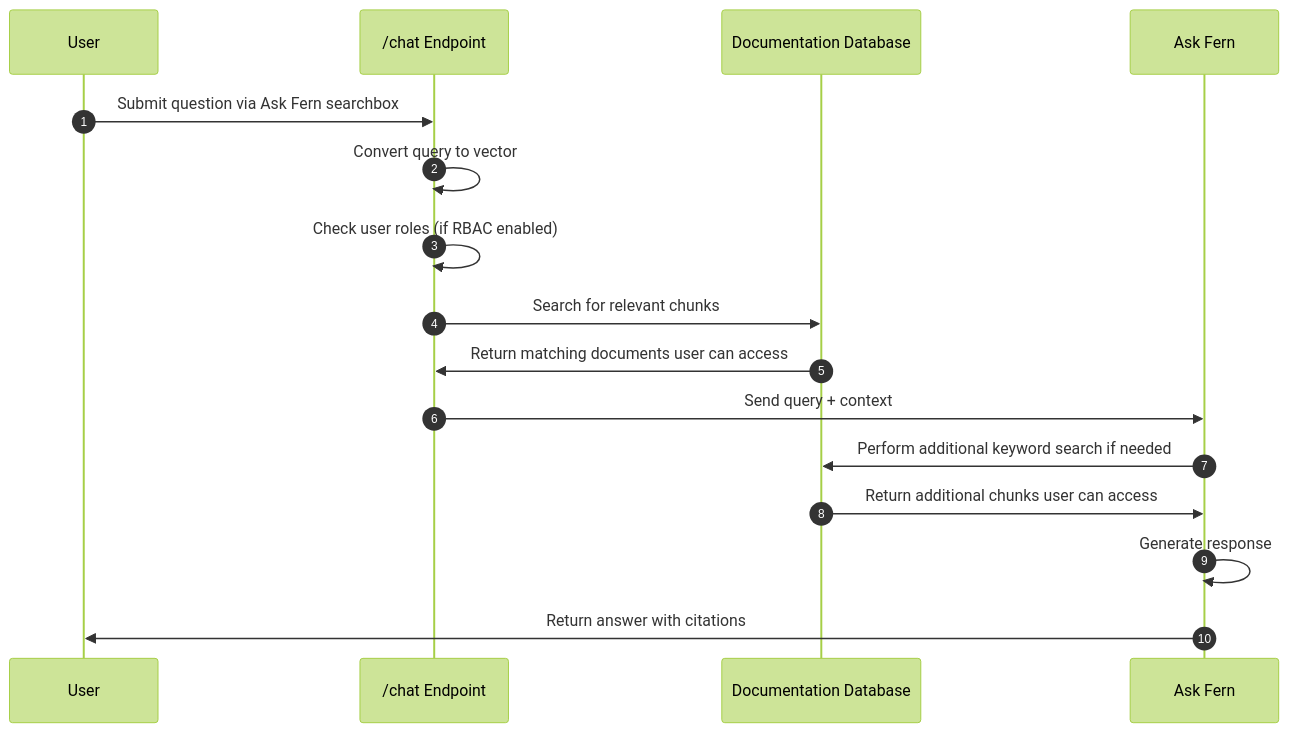
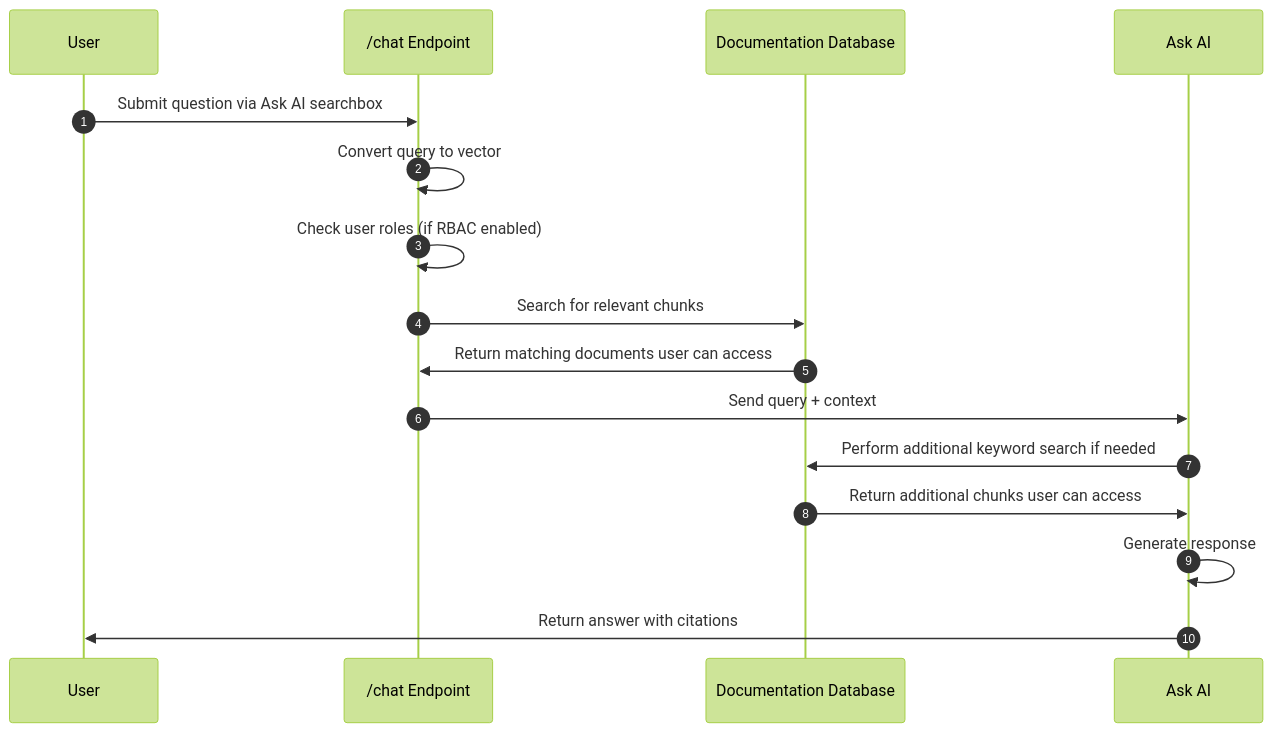
One commit to fern-api/docs changed the diagram in fern/products/docs/pages/ask-fern/what-is-ask-fern.mdx. Above: the diagram before and after it, drawn with Mermaid (forest theme). The commit also changed other lines of this file and 65 other files, not shown here.

First line of the commit message:
Rebrand Ask Fern to Ask AI throughout docs; replace home page Ask Fern card with CLI Generator

````diff
--- a/fern/products/docs/pages/ask-fern/what-is-ask-fern.mdx
+++ b/fern/products/docs/pages/ask-fern/what-is-ask-fern.mdx
@@ -125,19 +123,19 @@
 ```mermaid
 sequenceDiagram
   autonumber
     participant U as User
     participant C as /chat Endpoint
     participant V as Documentation Database
-    participant A as Ask Fern
+    participant A as Ask AI
 
-    U->>C: Submit question via Ask Fern searchbox
+    U->>C: Submit question via Ask AI searchbox
     C->>C: Convert query to vector
     C->>C: Check user roles (if RBAC enabled)
     C->>V: Search for relevant chunks
     V->>C: Return matching documents user can access
     C->>A: Send query + context
     A->>V: Perform additional keyword search if needed
     V->>A: Return additional chunks user can access
     A->>A: Generate response
     A->>U: Return answer with citations
 ```
````
